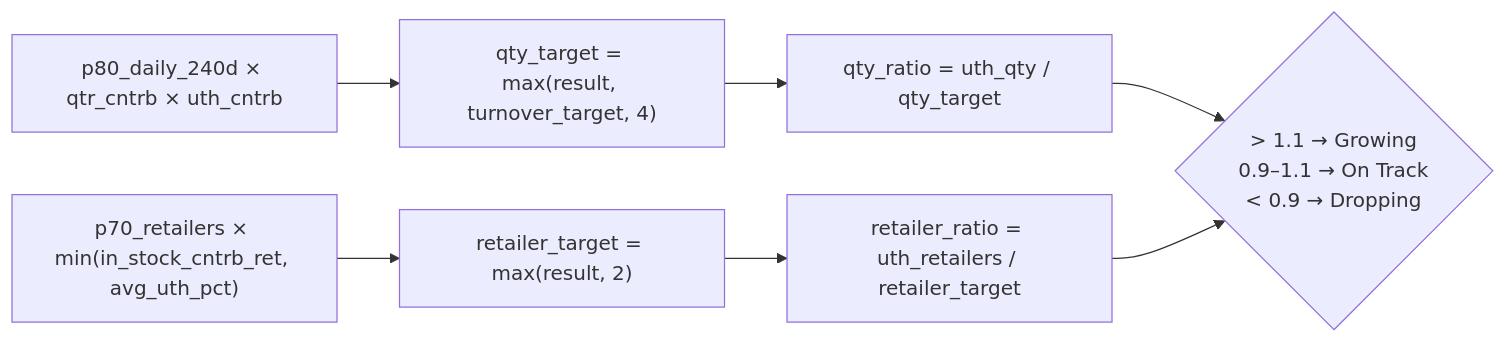
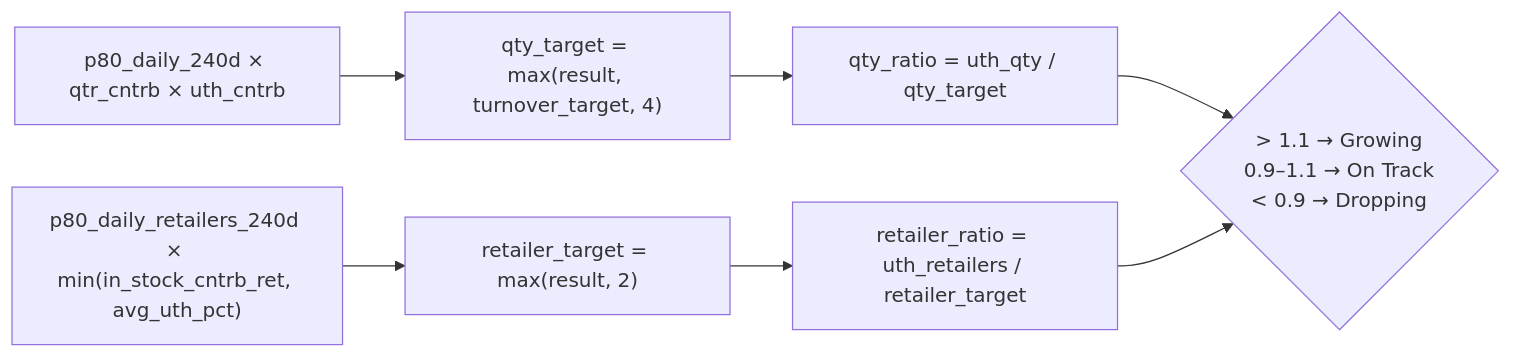
One commit to Maxab-Growth/Mustafa changed the second of 2 diagrams in docs/module_3_periodic_actions.md. Above: the diagram before and after it, drawn with Mermaid. The commit also changed other lines of this file and 6 other files, not shown here.

````diff
--- a/docs/module_3_periodic_actions.md
+++ b/docs/module_3_periodic_actions.md
@@ -99,11 +99,11 @@
 ```mermaid
 flowchart LR
     A["p80_daily_240d × qtr_cntrb × uth_cntrb"] --> B["qty_target = max(result, turnover_target, 4)"]
-    C["p70_retailers × min(in_stock_cntrb_ret, avg_uth_pct)"] --> D["retailer_target = max(result, 2)"]
+    C["p80_daily_retailers_240d × min(in_stock_cntrb_ret, avg_uth_pct)"] --> D["retailer_target = max(result, 2)"]
 
     B --> E["qty_ratio = uth_qty / qty_target"]
     D --> F["retailer_ratio = uth_retailers / retailer_target"]
 
     E --> G{"> 1.1 → Growing\n0.9–1.1 → On Track\n< 0.9 → Dropping"}
     F --> G
 ```
````
